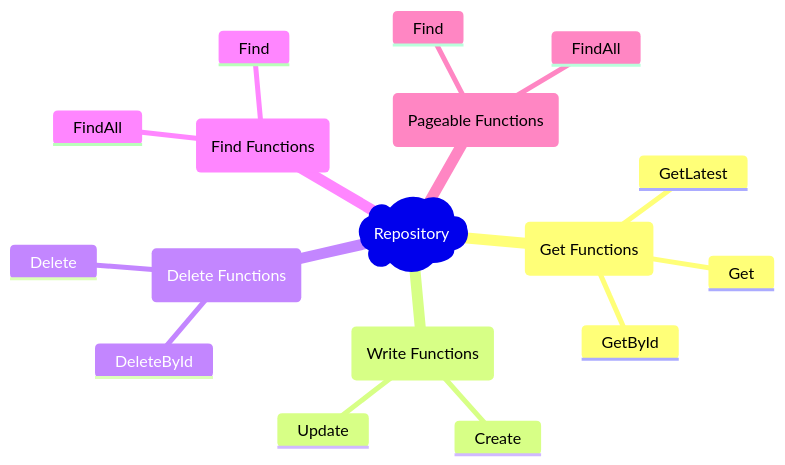
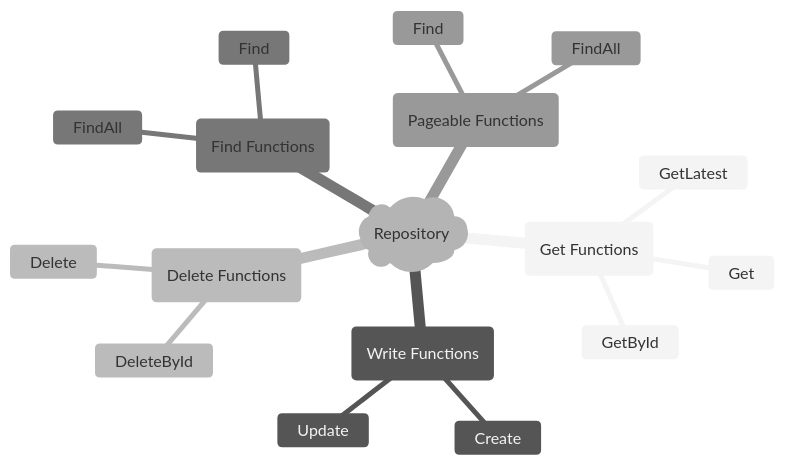
The diagram in README.md (gsdenys/gormet), drawn with Mermaid before and after one commit.

````diff
--- a/README.md
+++ b/README.md
@@ -21,21 +21,22 @@
 ```mermaid
+%%{init: {'theme':'neutral'}}%%
 mindmap
   root)Repository(
     (Get Functions)
       Get
       GetById
       GetLatest
     (Write Functions)
       Create
       Update
     (Delete Functions)
       Delete
       DeleteById
     (Find Functions)
       Find
       FindAll
     (Pageable Functions)
       Find
       FindAll
 
 ```
````
